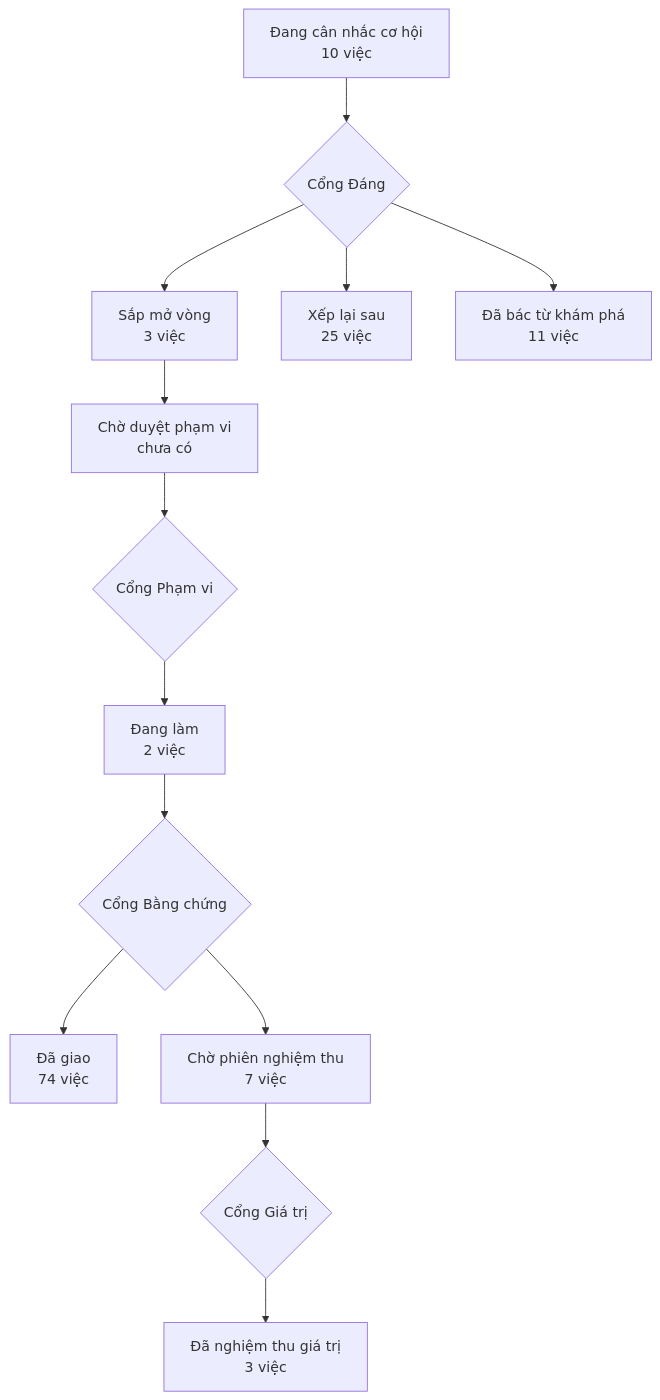
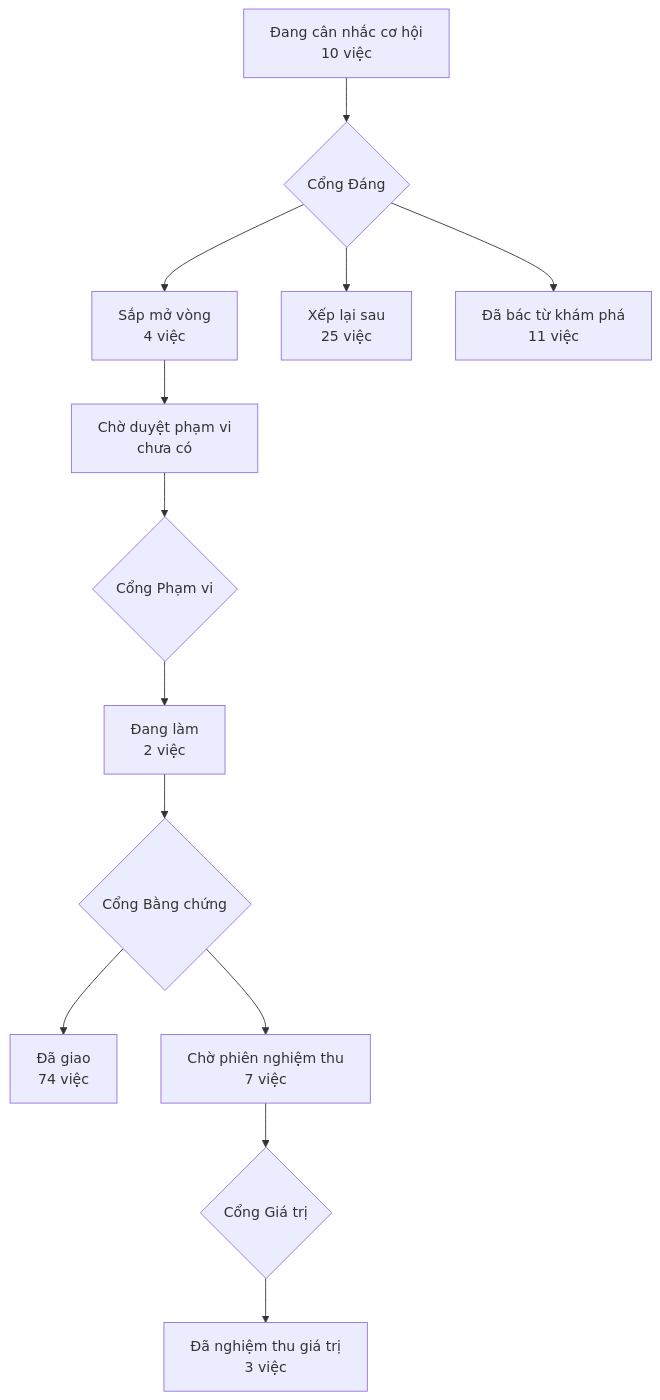
One commit to phanlemanh/acceptance-gate-kit changed the diagram in PRODUCT-MAP.md. Above: the diagram before and after it, drawn with Mermaid. The commit also changed other lines of this file and 1 other file, not shown here.

Commit message:
chore(acceptance): ha-tang-khong-dot-luot — ô cơ hội (vòng meta sau 2.18.2, owner gọi tên 24/09)
Gốc: ba hạt giống suite-qua-trần · goal-template-coi-blocked-la-xong · the-cong-1-ho-so-khep-van-hoi.

````diff
--- a/PRODUCT-MAP.md
+++ b/PRODUCT-MAP.md
@@ -6,12 +6,12 @@
 ```mermaid
 flowchart TD
   A["Đang cân nhắc cơ hội<br/>10 việc"] --> GD{"Cổng Đáng"}
-  GD --> B["Sắp mở vòng<br/>3 việc"]
+  GD --> B["Sắp mở vòng<br/>4 việc"]
   GD --> XL["Xếp lại sau<br/>25 việc"]
   GD --> DB["Đã bác từ khám phá<br/>11 việc"]
   B --> CD["Chờ duyệt phạm vi<br/>chưa có"] --> GP{"Cổng Phạm vi"}
   GP --> DL["Đang làm<br/>2 việc"] --> GB{"Cổng Bằng chứng"}
   GB --> DG["Đã giao<br/>74 việc"]
   GB --> CN["Chờ phiên nghiệm thu<br/>7 việc"] --> GG{"Cổng Giá trị"}
   GG --> NT["Đã nghiệm thu giá trị<br/>3 việc"]
 ```
````
